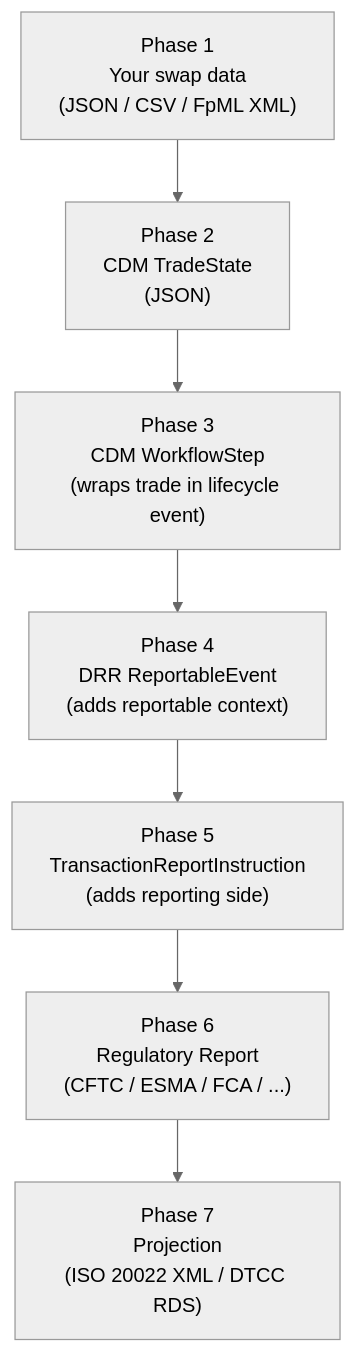
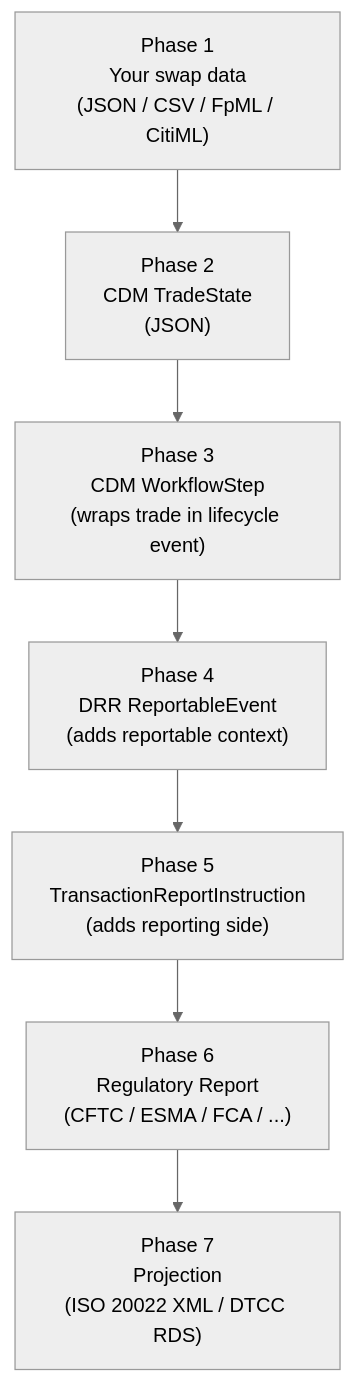
One commit to emirbh/misc changed the diagram in ISDA/docs/implementation-phases.md. Above: the diagram before and after it, drawn with Mermaid (neutral theme). The commit also changed other lines of this file and 252 other files, not shown here.

````diff
--- a/ISDA/docs/implementation-phases.md
+++ b/ISDA/docs/implementation-phases.md
@@ -13,12 +16,12 @@
 ```mermaid
 flowchart TD
-    src["Phase 1<br/>Your swap data<br/>(JSON / CSV / FpML XML)"]
+    src["Phase 1<br/>Your swap data<br/>(JSON / CSV / FpML / CitiML)"]
     cdm["Phase 2<br/>CDM TradeState<br/>(JSON)"]
     ws["Phase 3<br/>CDM WorkflowStep<br/>(wraps trade in lifecycle event)"]
     re["Phase 4<br/>DRR ReportableEvent<br/>(adds reportable context)"]
     tri["Phase 5<br/>TransactionReportInstruction<br/>(adds reporting side)"]
     rpt["Phase 6<br/>Regulatory Report<br/>(CFTC / ESMA / FCA / ...)"]
     proj["Phase 7<br/>Projection<br/>(ISO 20022 XML / DTCC RDS)"]
 
     src --> cdm --> ws --> re --> tri --> rpt --> proj
 ```
````
